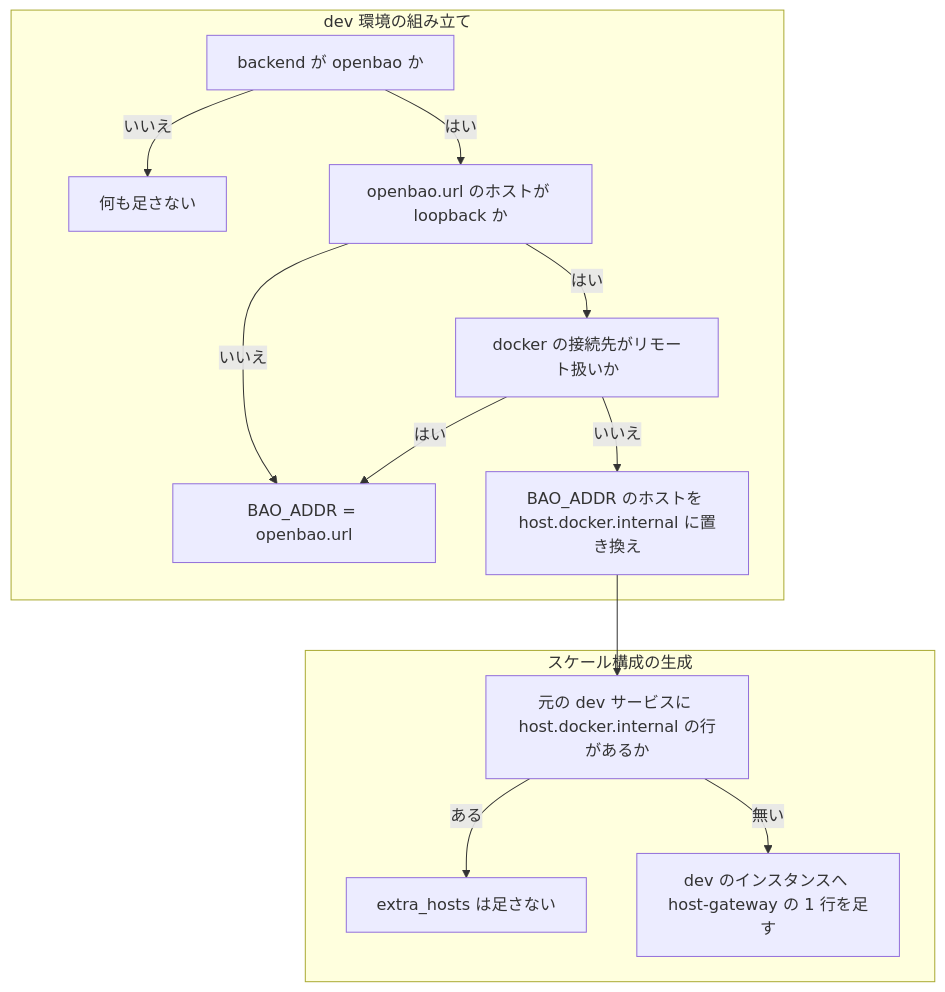
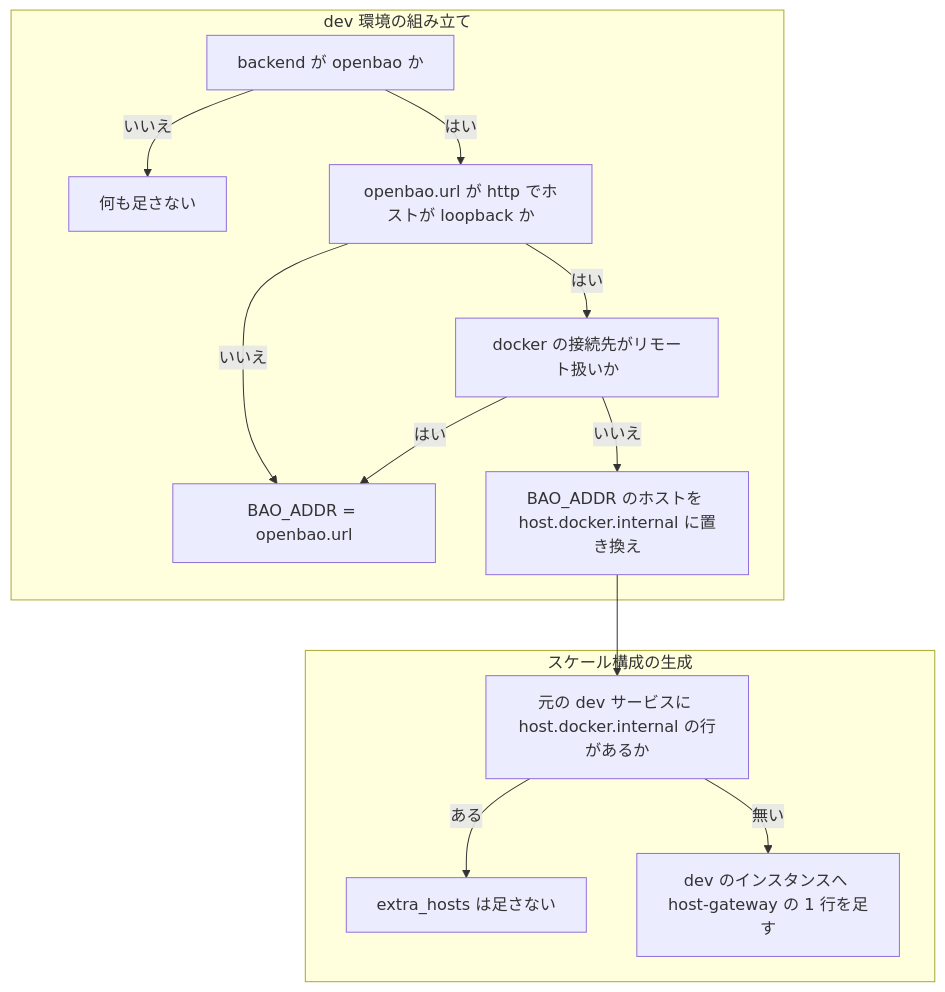
One commit to devbasex/devbase changed the sixth of 6 diagrams in issues/issue-295-design.md. Above: the diagram before and after it, drawn with Mermaid. The commit also changed other lines of this file and 2 other files, not shown here.

First line of the commit message:
docs(design): I7 のコンテナから見た接続先の置き換えを http の loopback に限る

````diff
--- a/issues/issue-295-design.md
+++ b/issues/issue-295-design.md
@@ -276,17 +277,17 @@
 ```mermaid
 graph TD
     subgraph dev 環境の組み立て
         A[backend が openbao か] -->|いいえ| N[何も足さない]
-        A -->|はい| B[openbao.url のホストが loopback か]
+        A -->|はい| B[openbao.url が http でホストが loopback か]
         B -->|いいえ| K[BAO_ADDR = openbao.url]
         B -->|はい| R[docker の接続先がリモート扱いか]
         R -->|はい| K
         R -->|いいえ| H[BAO_ADDR のホストを host.docker.internal に置き換え]
     end
     subgraph スケール構成の生成
         X[元の dev サービスに host.docker.internal の行があるか]
         X -->|ある| G[extra_hosts は足さない]
         X -->|無い| Y[dev のインスタンスへ host-gateway の 1 行を足す]
     end
     H --> X
 ```
````
